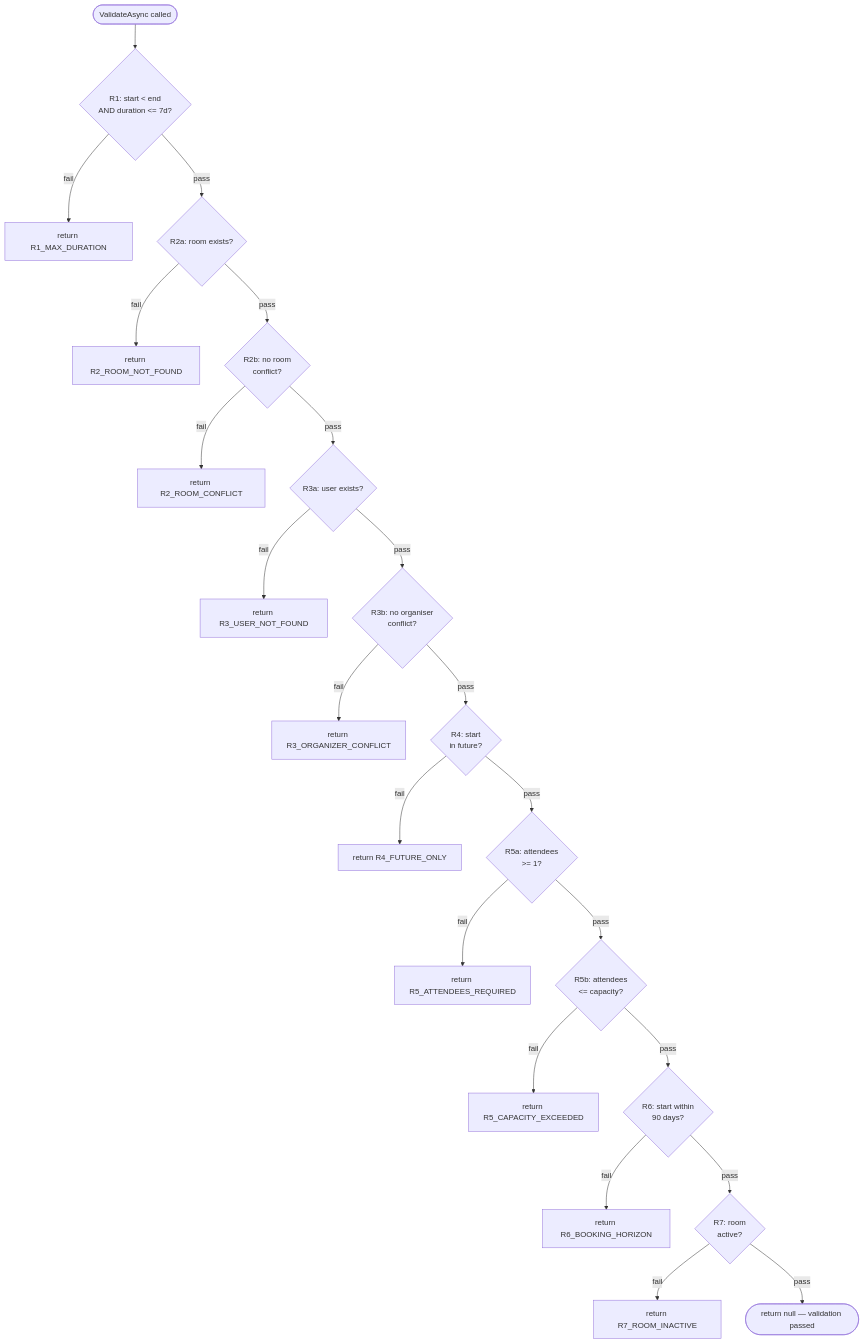
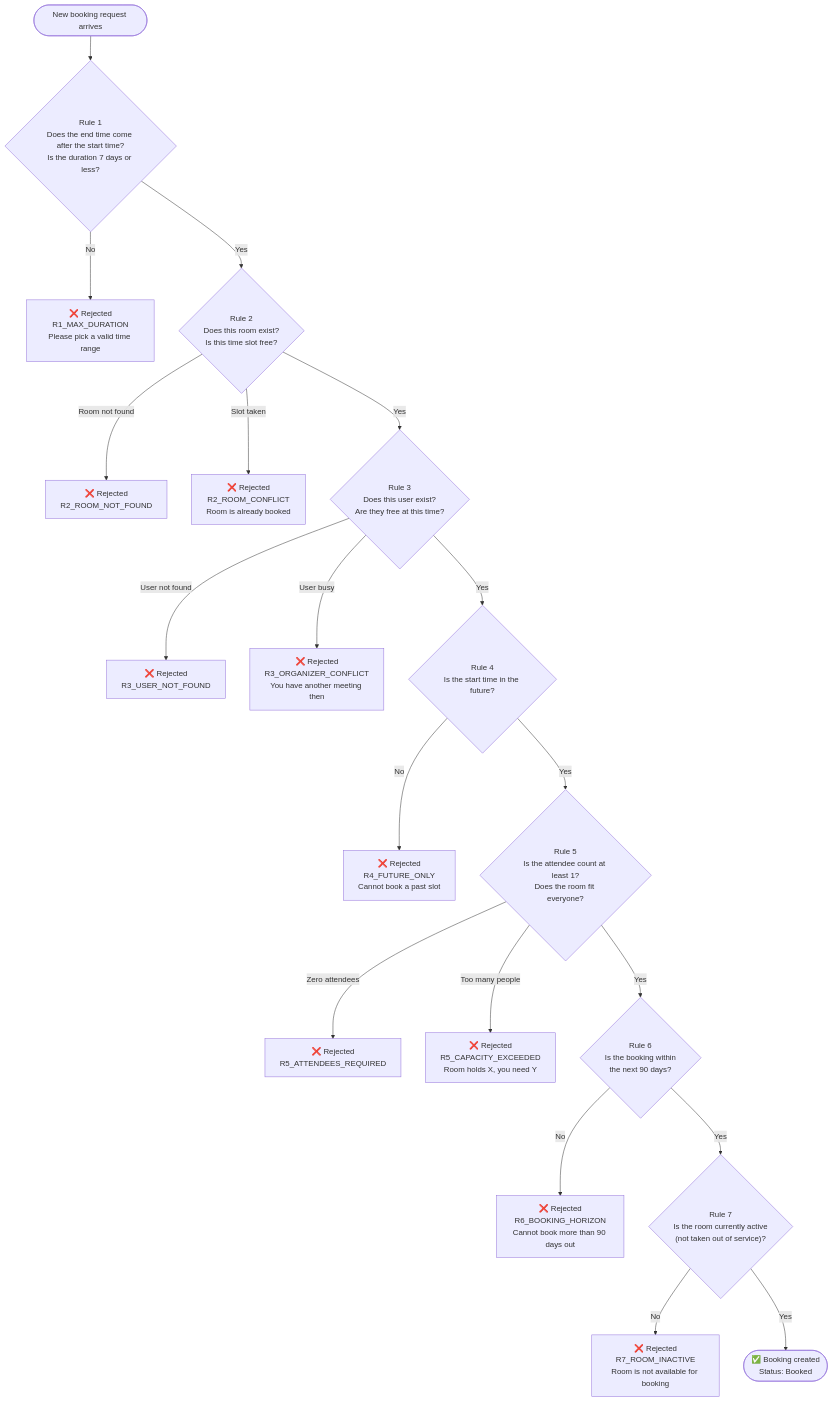
Before and after one commit to Amith-Ganta/room-reservation-system: the sixth of 14 diagrams in SUBMISSION_REPORT.md, drawn with Mermaid. The commit also changed other lines of this file, not shown here.

````diff
--- a/SUBMISSION_REPORT.md
+++ b/SUBMISSION_REPORT.md
@@ -275,24 +228,35 @@
 ```mermaid
 flowchart TD
-    A([ValidateAsync called]) --> R1{R1: start < end\nAND duration <= 7d?}
-    R1 -- fail --> E1[return R1_MAX_DURATION]
-    R1 -- pass --> R2a{R2a: room exists?}
-    R2a -- fail --> E2a[return R2_ROOM_NOT_FOUND]
-    R2a -- pass --> R2b{R2b: no room\nconflict?}
-    R2b -- fail --> E2b[return R2_ROOM_CONFLICT]
-    R2b -- pass --> R3a{R3a: user exists?}
-    R3a -- fail --> E3a[return R3_USER_NOT_FOUND]
-    R3a -- pass --> R3b{R3b: no organiser\nconflict?}
-    R3b -- fail --> E3b[return R3_ORGANIZER_CONFLICT]
-    R3b -- pass --> R4{R4: start\nin future?}
-    R4 -- fail --> E4[return R4_FUTURE_ONLY]
-    R4 -- pass --> R5a{R5a: attendees\n>= 1?}
-    R5a -- fail --> E5a[return R5_ATTENDEES_REQUIRED]
-    R5a -- pass --> R5b{R5b: attendees\n<= capacity?}
-    R5b -- fail --> E5b[return R5_CAPACITY_EXCEEDED]
-    R5b -- pass --> R6{R6: start within\n90 days?}
-    R6 -- fail --> E6[return R6_BOOKING_HORIZON]
-    R6 -- pass --> R7{R7: room\nactive?}
-    R7 -- fail --> E7[return R7_ROOM_INACTIVE]
-    R7 -- pass --> OK([return null — validation passed])
+    START([New booking request arrives]) --> R1
+
+    R1{"Rule 1\nDoes the end time come after the start time?\nIs the duration 7 days or less?"}
+    R1 -- No --> E1["❌ Rejected\nR1_MAX_DURATION\nPlease pick a valid time range"]
+    R1 -- Yes --> R2
+
+    R2{"Rule 2\nDoes this room exist?\nIs this time slot free?"}
+    R2 -- Room not found --> E2a["❌ Rejected\nR2_ROOM_NOT_FOUND"]
+    R2 -- Slot taken --> E2b["❌ Rejected\nR2_ROOM_CONFLICT\nRoom is already booked"]
+    R2 -- Yes --> R3
+
+    R3{"Rule 3\nDoes this user exist?\nAre they free at this time?"}
+    R3 -- User not found --> E3a["❌ Rejected\nR3_USER_NOT_FOUND"]
+    R3 -- User busy --> E3b["❌ Rejected\nR3_ORGANIZER_CONFLICT\nYou have another meeting then"]
+    R3 -- Yes --> R4
+
+    R4{"Rule 4\nIs the start time in the future?"}
+    R4 -- No --> E4["❌ Rejected\nR4_FUTURE_ONLY\nCannot book a past slot"]
+    R4 -- Yes --> R5
+
+    R5{"Rule 5\nIs the attendee count at least 1?\nDoes the room fit everyone?"}
+    R5 -- Zero attendees --> E5a["❌ Rejected\nR5_ATTENDEES_REQUIRED"]
+    R5 -- Too many people --> E5b["❌ Rejected\nR5_CAPACITY_EXCEEDED\nRoom holds X, you need Y"]
+    R5 -- Yes --> R6
+
+    R6{"Rule 6\nIs the booking within\nthe next 90 days?"}
+    R6 -- No --> E6["❌ Rejected\nR6_BOOKING_HORIZON\nCannot book more than 90 days out"]
+    R6 -- Yes --> R7
+
+    R7{"Rule 7\nIs the room currently active\n(not taken out of service)?"}
+    R7 -- No --> E7["❌ Rejected\nR7_ROOM_INACTIVE\nRoom is not available for booking"]
+    R7 -- Yes --> OK(["✅ Booking created\nStatus: Booked"])
 ```
````
